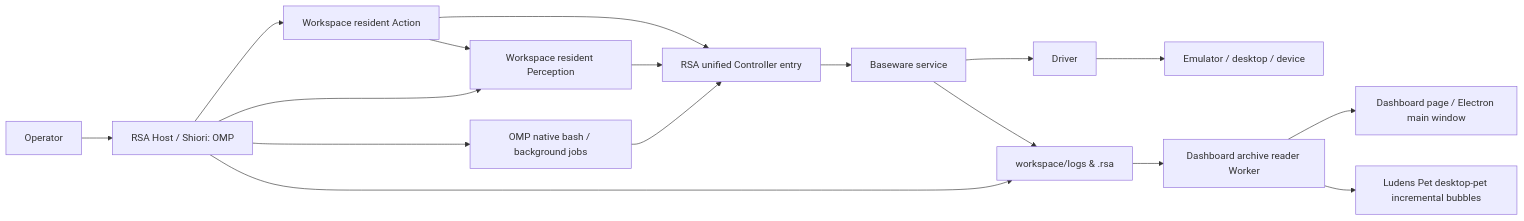
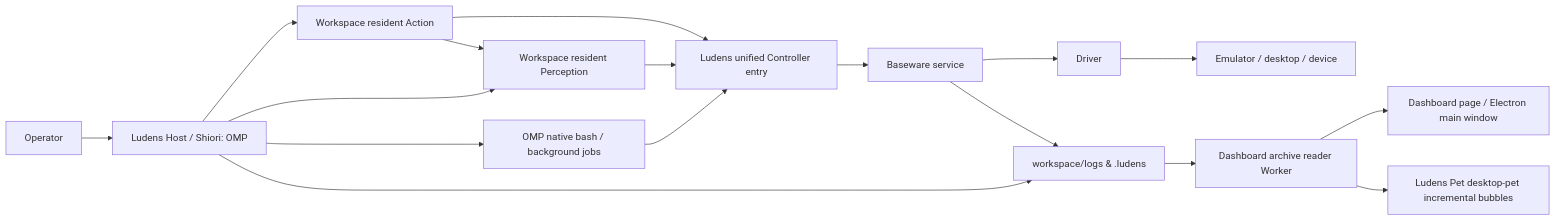
The diagram in docs/en/reference/architecture.md (Arkevo-Lab/Ludens), drawn with Mermaid before and after one commit. The commit also changed other lines of this file and 31 other files, not shown here.

````diff
--- a/docs/en/reference/architecture.md
+++ b/docs/en/reference/architecture.md
@@ -15,19 +15,19 @@
 ```mermaid
 flowchart LR
-    O[Operator] --> H[RSA Host / Shiori: OMP]
+    O[Operator] --> H[Ludens Host / Shiori: OMP]
     H --> P[Workspace resident Perception]
     H --> X[Workspace resident Action]
     H --> S[OMP native bash / background jobs]
-    S --> C[RSA unified Controller entry]
+    S --> C[Ludens unified Controller entry]
     P --> C
     X --> C
     X --> P
     C --> B[Baseware service]
     B --> D[Driver]
     D --> E[Emulator / desktop / device]
-    H --> L[workspace/logs & .rsa]
+    H --> L[workspace/logs & .ludens]
     B --> L
     L --> R[Dashboard archive reader Worker]
     R --> V[Dashboard page / Electron main window]
     R --> A[Ludens Pet desktop-pet incremental bubbles]
 ```
````
